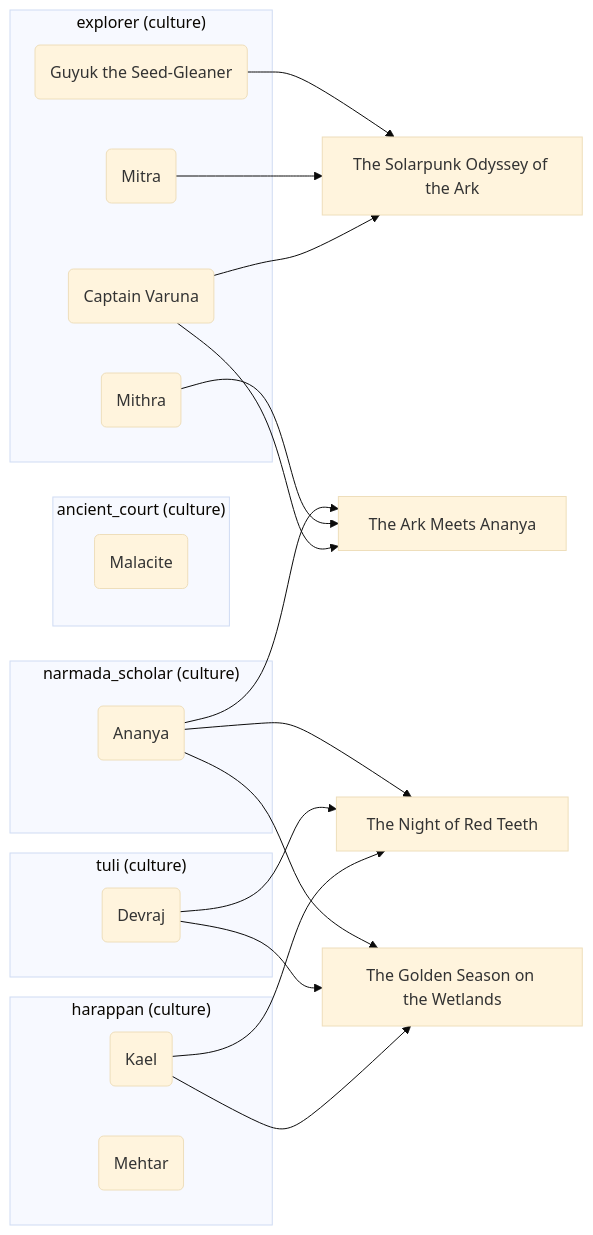
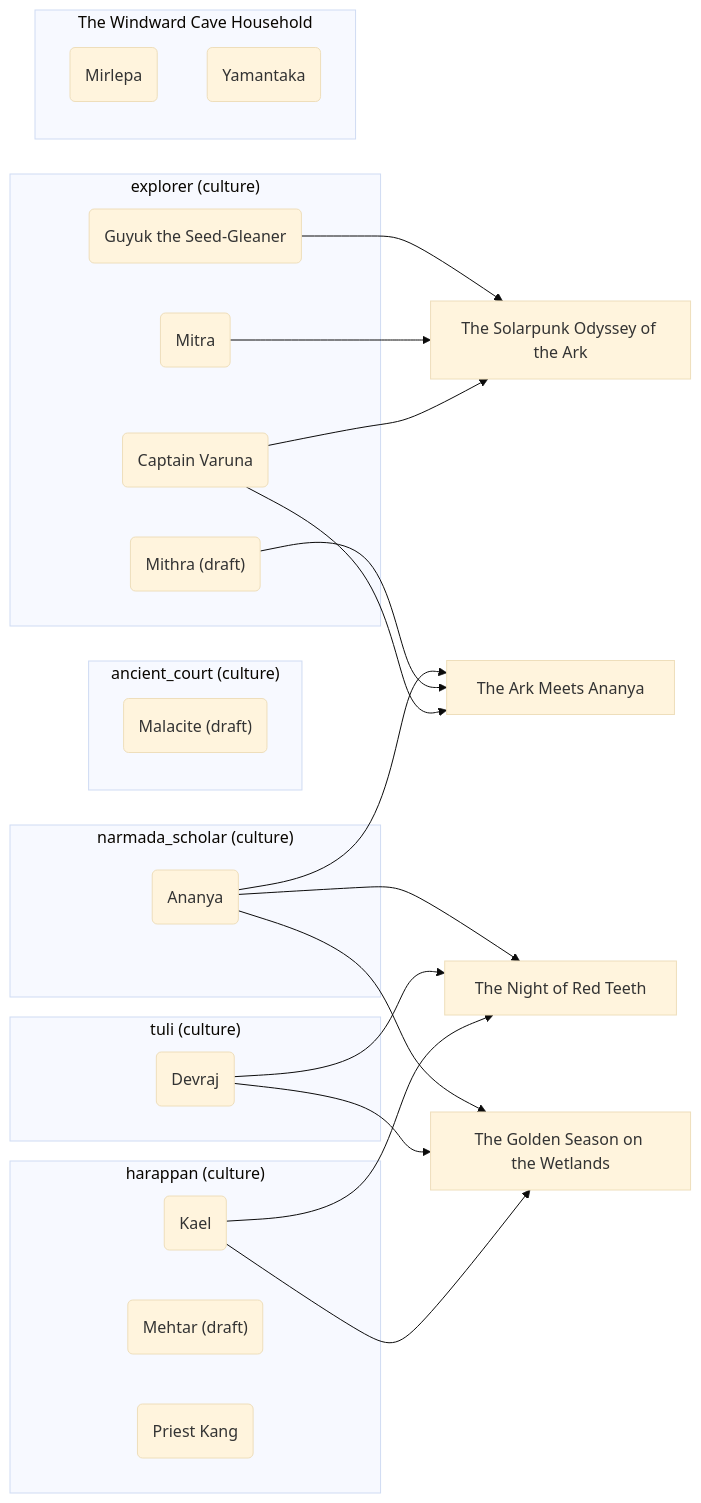
The sixth of 7 diagrams in docs/memory_map.md (lordlebu/SouthOfTethys), drawn with Mermaid (base theme) before and after one commit. The commit also changed other lines of this file and 2 other files, not shown here.

````diff
--- a/docs/memory_map.md
+++ b/docs/memory_map.md
@@ -354,38 +470,43 @@
 ```mermaid
 graph LR
   subgraph grp_ancient_court["ancient_court (culture)"]
-    character_malacite("Malacite")
+    character_malacite("Malacite (draft)")
   end
   subgraph grp_explorer["explorer (culture)"]
     character_varuna("Captain Varuna")
     character_guyuk_reborn("Guyuk the Seed-Gleaner")
-    character_mithra("Mithra")
+    character_mithra("Mithra (draft)")
     character_mitra("Mitra")
   end
   subgraph grp_harappan["harappan (culture)"]
     character_kael("Kael")
-    character_mehtar("Mehtar")
+    character_mehtar("Mehtar (draft)")
+    character_priest_kang("Priest Kang")
   end
   subgraph grp_narmada_scholar["narmada_scholar (culture)"]
     character_ananya("Ananya")
   end
   subgraph grp_tuli["tuli (culture)"]
     character_devraj("Devraj")
+  end
+  subgraph grp_the_windward_cave_household["The Windward Cave Household"]
+    character_mirlepa("Mirlepa")
+    character_yamantaka("Yamantaka")
   end
   event_ark_meets_ananya["The Ark Meets Ananya"]
   event_golden_season_on_the_wetlands["The Golden Season on the Wetlands"]
   event_night_of_red_teeth["The Night of Red Teeth"]
   event_survival_train_solarpunk["The Solarpunk Odyssey of the Ark"]
   character_ananya --> event_ark_meets_ananya
   character_ananya --> event_golden_season_on_the_wetlands
   character_ananya --> event_night_of_red_teeth
   character_devraj --> event_golden_season_on_the_wetlands
   character_devraj --> event_night_of_red_teeth
   character_guyuk_reborn --> event_survival_train_solarpunk
   character_kael --> event_golden_season_on_the_wetlands
   character_kael --> event_night_of_red_teeth
   character_mithra --> event_ark_meets_ananya
   character_mitra --> event_survival_train_solarpunk
   character_varuna --> event_ark_meets_ananya
   character_varuna --> event_survival_train_solarpunk
 ```
````
